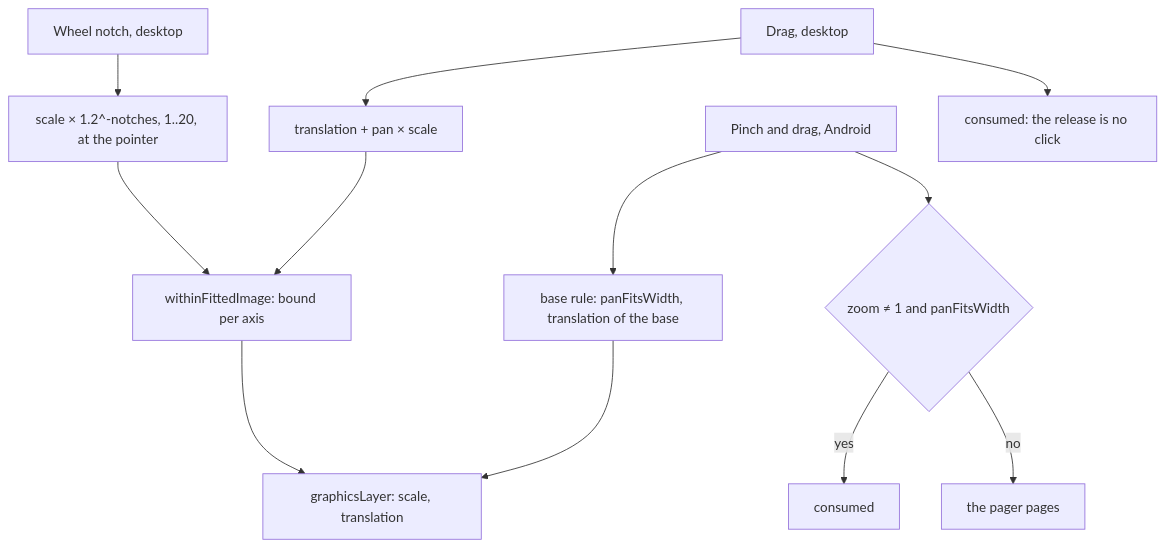
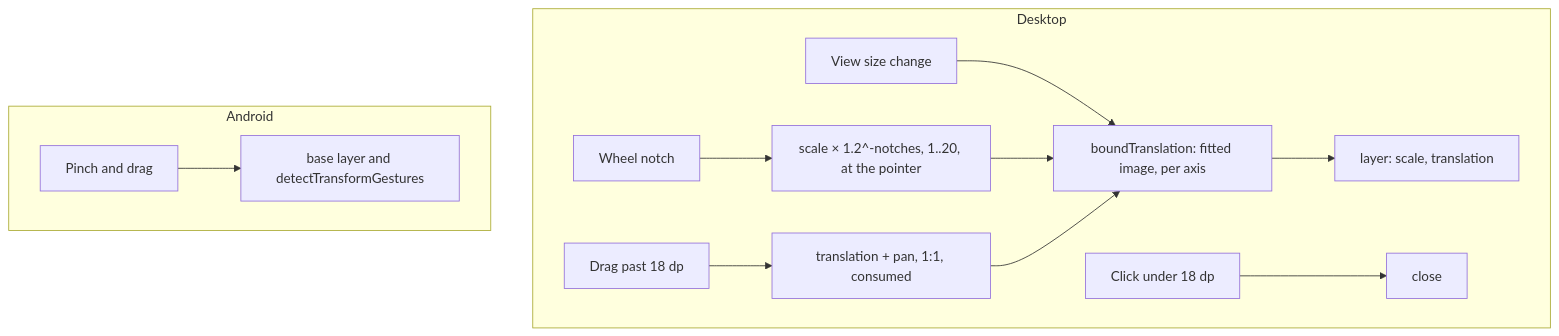
The diagram in plans/2026-11-15-desktop-image-zoom.md (simplex-chat/simplex-chat), drawn with Mermaid before and after one commit. The commit also changed other lines of this file, not shown here.

Commit message:
plans: desktop zoom handlers before the layer, questions for the user

````diff
--- a/plans/2026-11-15-desktop-image-zoom.md
+++ b/plans/2026-11-15-desktop-image-zoom.md
@@ -19,14 +20,15 @@
 ```mermaid
 flowchart TD
-  W[Wheel notch, desktop] --> Z["scale × 1.2^-notches, 1..20, at the pointer"]
-  D[Drag, desktop] --> P["translation + pan × scale"]
-  Z --> B[withinFittedImage: bound per axis]
-  P --> B
-  B --> G[graphicsLayer: scale, translation]
-  A[Pinch and drag, Android] --> R["base rule: panFitsWidth, translation of the base"]
-  R --> G
-  D --> C[consumed: the release is no click]
-  A --> Q{"zoom ≠ 1 and panFitsWidth"}
-  Q -->|yes| QC[consumed]
-  Q -->|no| QP[the pager pages]
+  subgraph Desktop
+    W[Wheel notch] --> Z["scale × 1.2^-notches, 1..20, at the pointer"]
+    D[Drag past 18 dp] --> P["translation + pan, 1:1, consumed"]
+    S[View size change] --> B
+    Z --> B[boundTranslation: fitted image, per axis]
+    P --> B
+    B --> L1[layer: scale, translation]
+    K[Click under 18 dp] --> X[close]
+  end
+  subgraph Android
+    A[Pinch and drag] --> R[base layer and detectTransformGestures]
+  end
 ```
````
